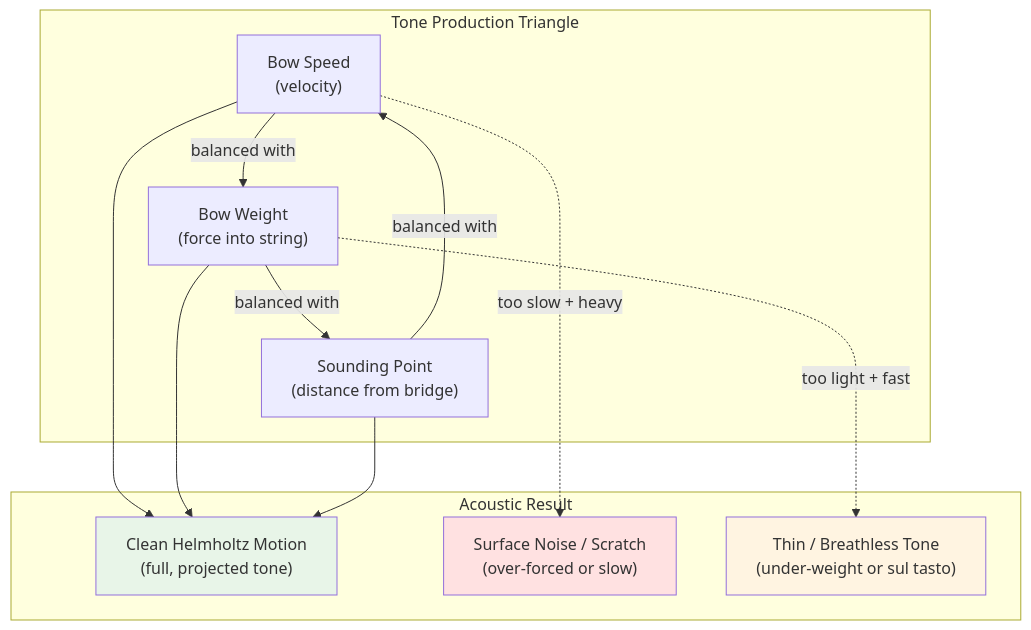
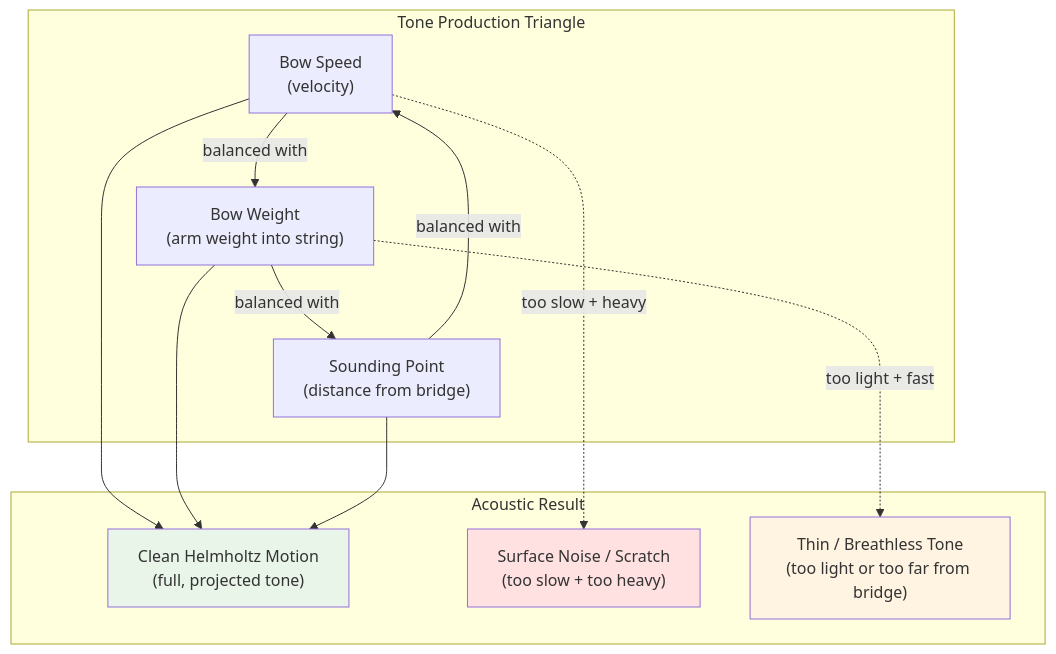
Before and after one commit to blebleblee/synapse: the first of 8 diagrams in topics/arts/music_performance/strings/lesson_01_string_techniques.md, drawn with Mermaid. The commit also changed other lines of this file and 4 other files, not shown here.

````diff
--- a/topics/arts/music_performance/strings/lesson_01_string_techniques.md
+++ b/topics/arts/music_performance/strings/lesson_01_string_techniques.md
@@ -38,29 +36,29 @@
 ```mermaid
 graph TB
     subgraph sub_tone ["Tone Production Triangle"]
         A["Bow Speed<br/>(velocity)"]
-        B["Bow Weight<br/>(force into string)"]
+        B["Bow Weight<br/>(arm weight into string)"]
         C["Sounding Point<br/>(distance from bridge)"]
     end
 
     subgraph sub_result ["Acoustic Result"]
         D["Clean Helmholtz Motion<br/>(full, projected tone)"]
-        E["Surface Noise / Scratch<br/>(over-forced or slow)"]
-        F["Thin / Breathless Tone<br/>(under-weight or sul tasto)"]
+        E["Surface Noise / Scratch<br/>(too slow + too heavy)"]
+        F["Thin / Breathless Tone<br/>(too light or too far from bridge)"]
     end
 
     A -->|"balanced with"| B
     B -->|"balanced with"| C
     C -->|"balanced with"| A
 
     A --> D
     B --> D
     C --> D
 
     A -.->|"too slow + heavy"| E
     B -.->|"too light + fast"| F
 
     style D fill:#e8f5e8
     style E fill:#ffe1e1
     style F fill:#fff4e1
 ```
````
